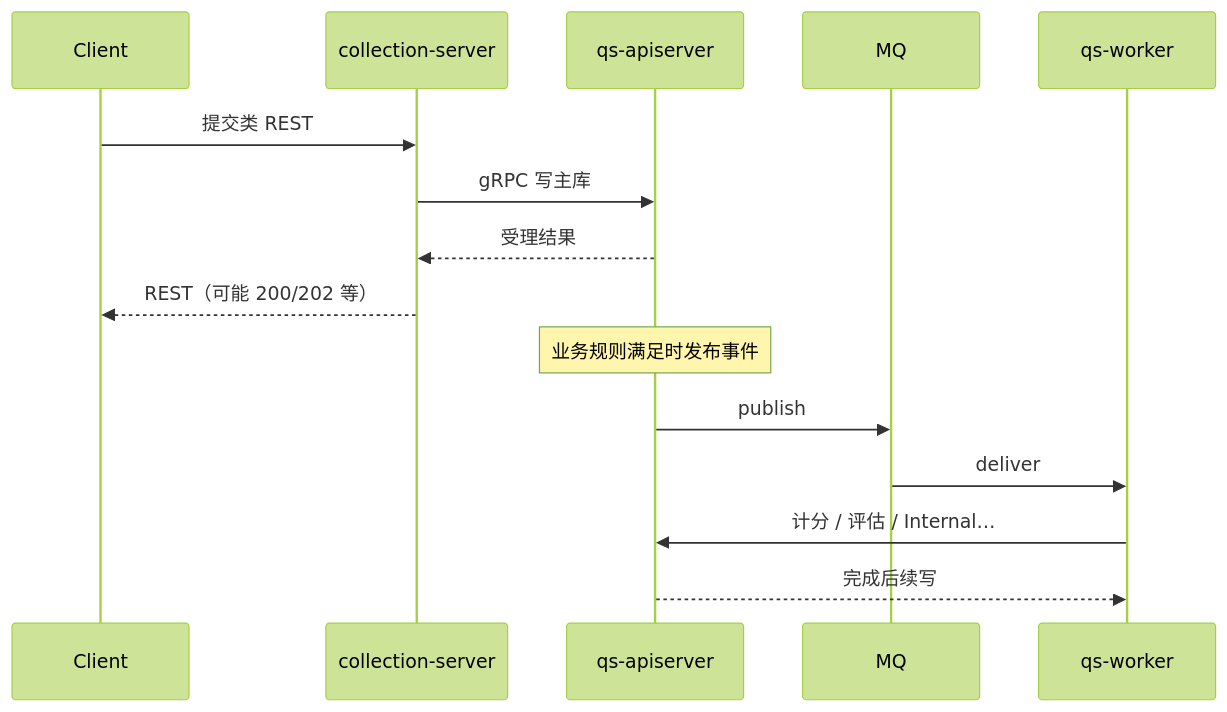
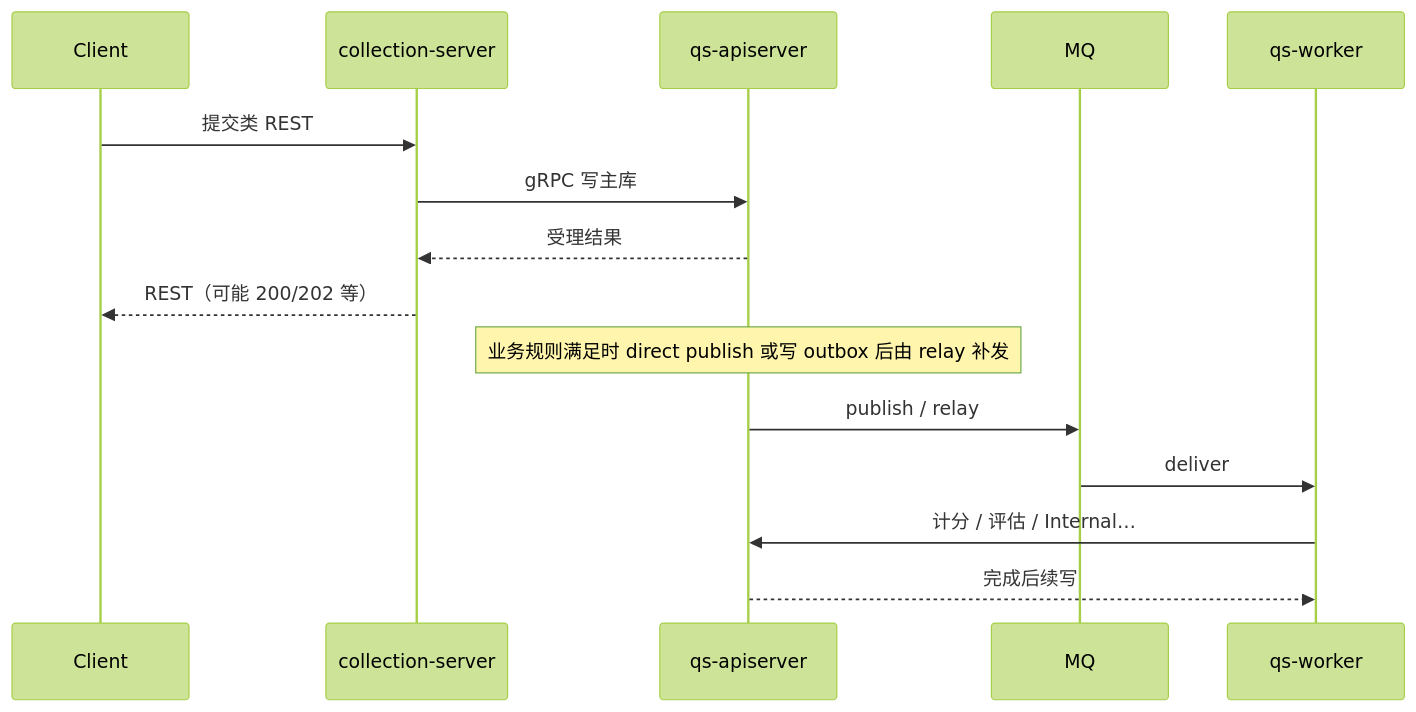
One commit to FangcunMount/qs-server changed the fourth of 4 diagrams in docs/01-运行时/04-进程间通信.md. Above: the diagram before and after it, drawn with Mermaid (forest theme). The commit also changed other lines of this file and 41 other files, not shown here.

````diff
--- a/docs/01-运行时/04-进程间通信.md
+++ b/docs/01-运行时/04-进程间通信.md
@@ -98,19 +98,19 @@
 ```mermaid
 sequenceDiagram
     participant C as Client
     participant Col as collection-server
     participant Api as qs-apiserver
     participant MQ as MQ
     participant W as qs-worker
 
     C->>Col: 提交类 REST
     Col->>Api: gRPC 写主库
     Api-->>Col: 受理结果
     Col-->>C: REST（可能 200/202 等）
 
-    Note over Api: 业务规则满足时发布事件
-    Api->>MQ: publish
+    Note over Api: 业务规则满足时 direct publish 或写 outbox 后由 relay 补发
+    Api->>MQ: publish / relay
     MQ->>W: deliver
     W->>Api: 计分 / 评估 / Internal…
     Api-->>W: 完成后续写
 ```
````
